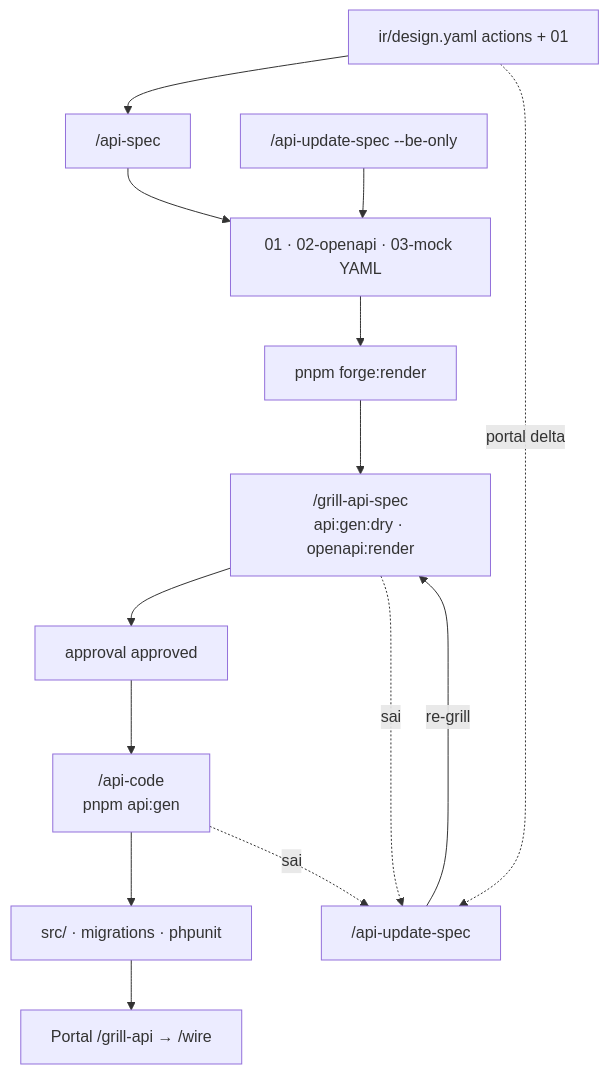
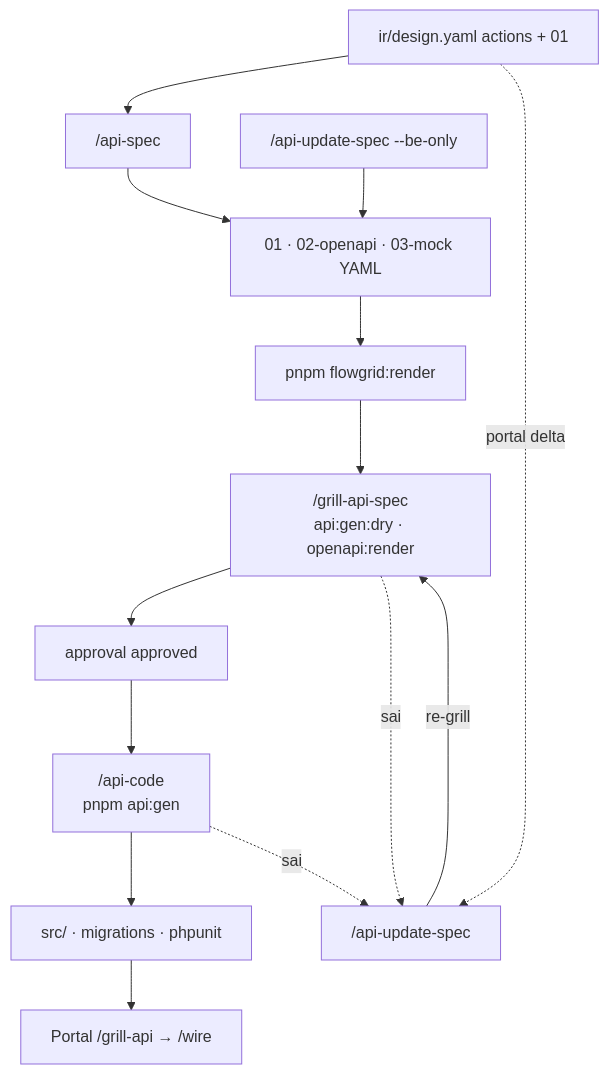
The diagram in docs/2-lifecycle/backend-workflow.md (ShanYuCoder/flowgrid), drawn with Mermaid before and after one commit. The commit also changed other lines of this file and 499 other files, not shown here.

````diff
--- a/docs/2-lifecycle/backend-workflow.md
+++ b/docs/2-lifecycle/backend-workflow.md
@@ -9,18 +9,18 @@
 ```mermaid
 flowchart TD
   PS["ir/design.yaml actions + 01"] --> S1["/api-spec"]
   S1 --> O1["01 · 02-openapi · 03-mock YAML"]
-  O1 --> DR["pnpm forge:render"]
+  O1 --> DR["pnpm flowgrid:render"]
   DR --> S2["/grill-api-spec\napi:gen:dry · openapi:render"]
   S2 --> APR["approval approved"]
   APR --> C["/api-code\npnpm api:gen"]
   C --> CODE["src/ · migrations · phpunit"]
   CODE --> OUT["Portal /grill-api → /wire"]
   US["/api-update-spec"]
   UBO["/api-update-spec --be-only"]
   PS -.->|portal delta| US
   UBO --> O1
   S2 -.->|sai| US
   C -.->|sai| US
   US -->|re-grill| S2
 ```
````
